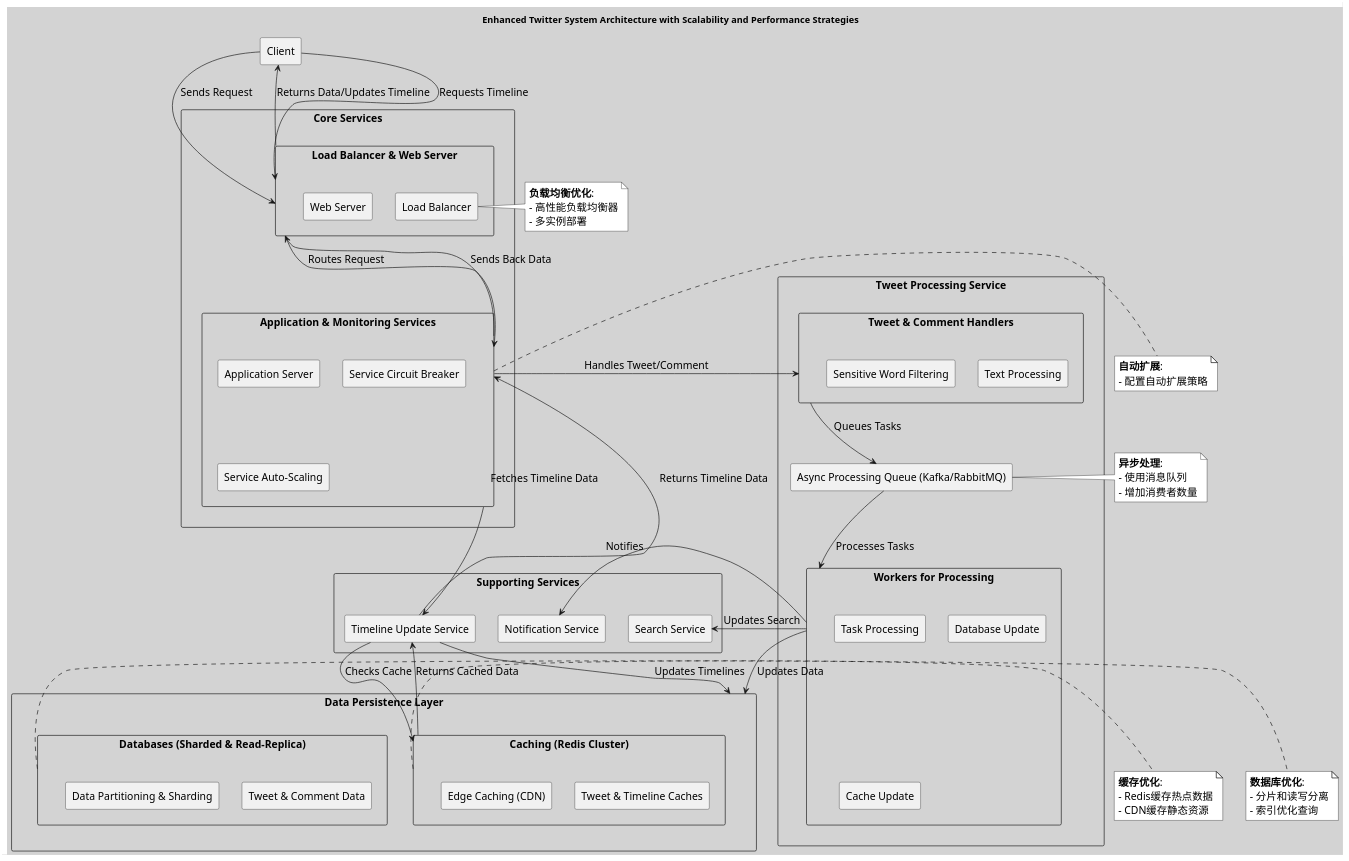
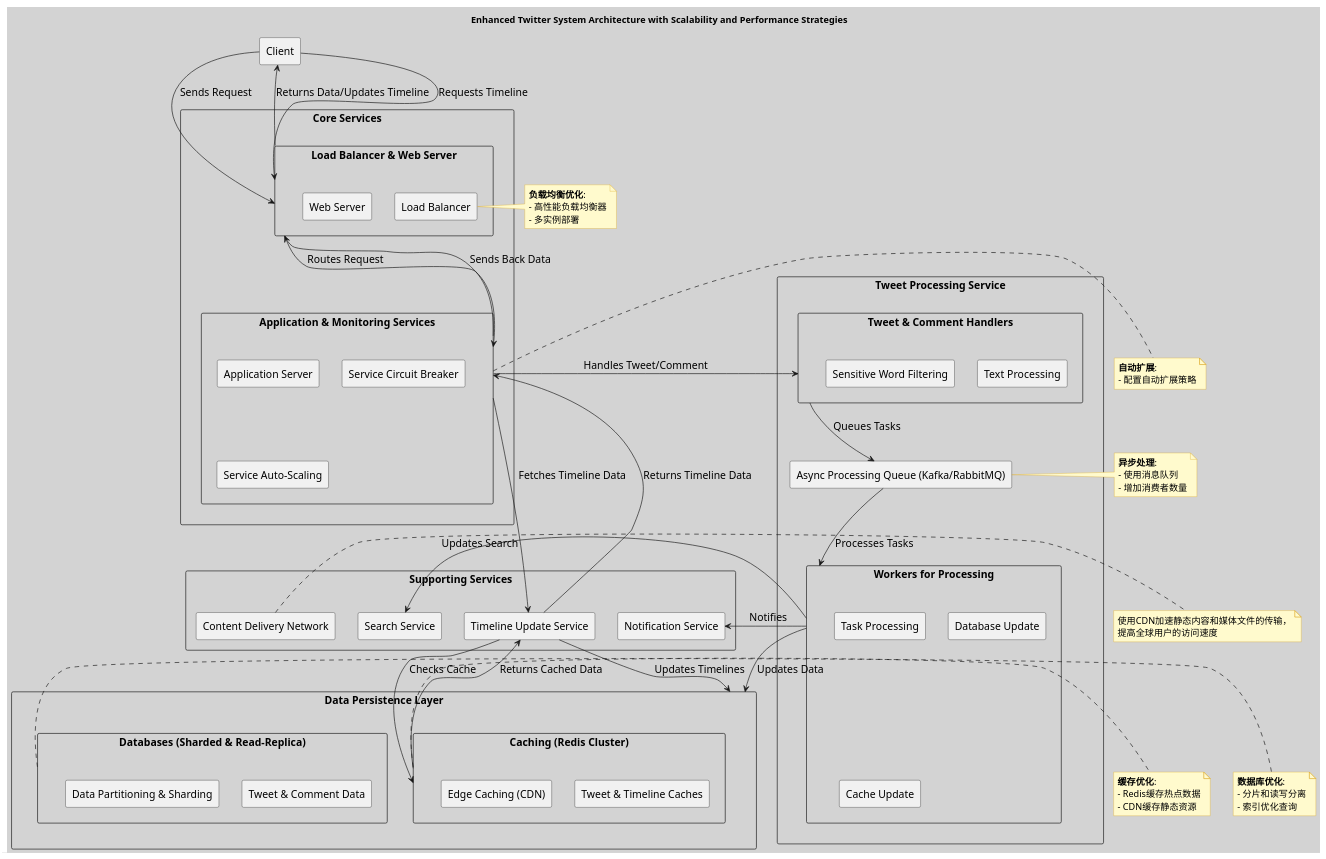
Before and after one commit to huangyingw/system_design: the diagram in twitter/tweet_system_detailed_architecture.puml, drawn with PlantUML.

```diff
--- a/twitter/tweet_system_detailed_architecture.puml
+++ b/twitter/tweet_system_detailed_architecture.puml
@@ -1,107 +1,113 @@
 @startuml
 
 skinparam backgroundColor #D3D3D3
 skinparam defaultFontName "Arial"
 skinparam defaultFontSize 16
 skinparam note {
-  BackgroundColor #FFFFFF
-  BorderColor #000000
-  FontSize 16
+  BackgroundColor #FFFACD
+  BorderColor #DAA520
+  FontSize 14
   FontName "Arial"
 }
 
 title Enhanced Twitter System Architecture with Scalability and Performance Strategies
 
 rectangle "Client" as Client
 
 rectangle "Core Services" as Core {
     rectangle "Load Balancer & Web Server" as LBWS {
         rectangle "Load Balancer" as LB
         rectangle "Web Server" as WS
     }
     rectangle "Application & Monitoring Services" as AMS {
         rectangle "Application Server" as AS
         rectangle "Service Circuit Breaker" as SCB
         rectangle "Service Auto-Scaling" as SAS
     }
 }
 
 rectangle "Tweet Processing Service" as TPS {
     rectangle "Tweet & Comment Handlers" as TCH {
         rectangle "Text Processing" as TP
         rectangle "Sensitive Word Filtering" as SWF
     }
     rectangle "Async Processing Queue (Kafka/RabbitMQ)" as APQ
     rectangle "Workers for Processing" as Workers {
         rectangle "Task Processing" as TProc
         rectangle "Database Update" as DBU
         rectangle "Cache Update" as CU
     }
 }
 
 rectangle "Supporting Services" as SS {
     rectangle "Search Service" as SSrv
     rectangle "Notification Service" as NSrv
     rectangle "Timeline Update Service" as TUS
+    rectangle "Content Delivery Network" as CDN
 }
 
 rectangle "Data Persistence Layer" as DPS {
     rectangle "Caching (Redis Cluster)" as Cache {
         rectangle "Tweet & Timeline Caches" as TTC
         rectangle "Edge Caching (CDN)" as EC
     }
     rectangle "Databases (Sharded & Read-Replica)" as DB {
         rectangle "Tweet & Comment Data" as TCD
         rectangle "Data Partitioning & Sharding" as DPSH
     }
 }
 
 ' Define data flows
 Client -down-> LBWS : Sends Request
 LBWS -down-> AMS : Routes Request
 AMS -right-> TCH : Handles Tweet/Comment
 TCH -down-> APQ : Queues Tasks
 APQ -down-> Workers : Processes Tasks
 Workers -down-> DPS : Updates Data
 Workers -left-> SSrv : Updates Search
 Workers -left-> NSrv : Notifies
 TUS -down-> DPS : Updates Timelines
 Client -left-> LBWS : Requests Timeline
 AMS -down-> TUS : Fetches Timeline Data
 TUS -left-> Cache : Checks Cache
 Cache -down-> TUS : Returns Cached Data
 TUS -up-> AMS : Returns Timeline Data
 AMS -up-> LBWS : Sends Back Data
 LBWS -up-> Client : Returns Data/Updates Timeline
+CDN -[hidden]right-> SSrv
 
-' Performance Optimization Notes
 note right of LB
   **负载均衡优化**:
   - 高性能负载均衡器
   - 多实例部署
 end note
 
 note right of Cache
   **缓存优化**:
   - Redis缓存热点数据
   - CDN缓存静态资源
 end note
 
 note right of DB
   **数据库优化**:
   - 分片和读写分离
   - 索引优化查询
 end note
 
 note right of APQ
   **异步处理**:
   - 使用消息队列
   - 增加消费者数量
 end note
 
 note right of AMS
   **自动扩展**:
   - 配置自动扩展策略
 end note
 
+note right of CDN
+  使用CDN加速静态内容和媒体文件的传输，
+  提高全球用户的访问速度
+end note
+
 @enduml
```
